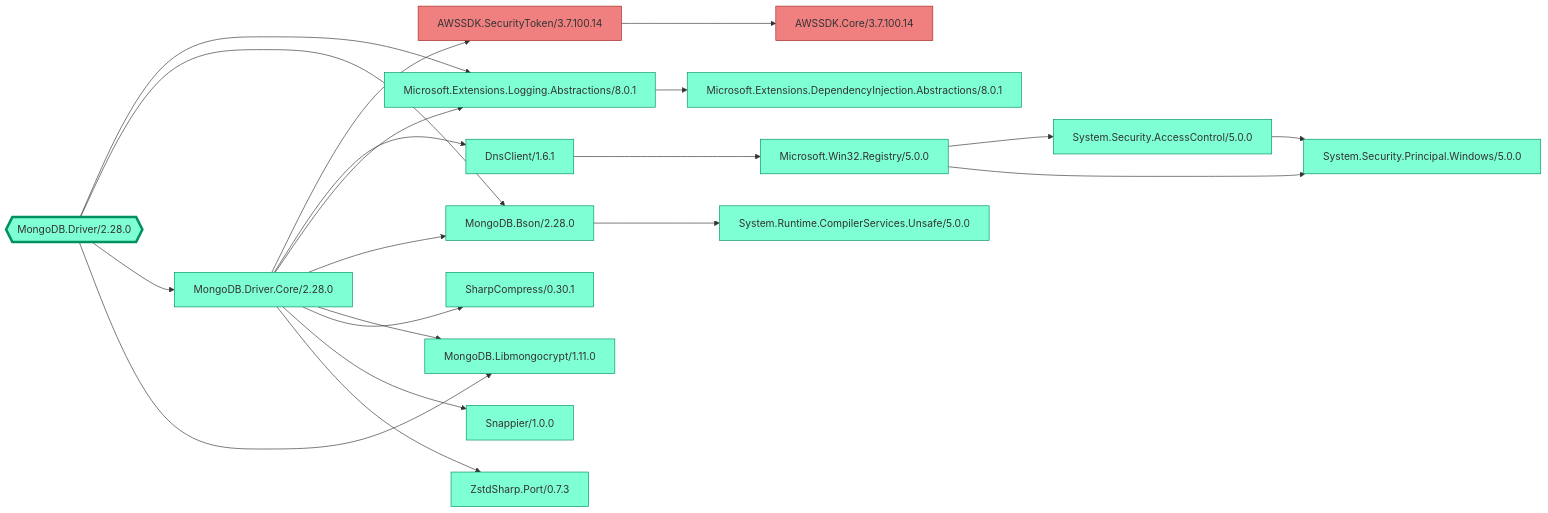
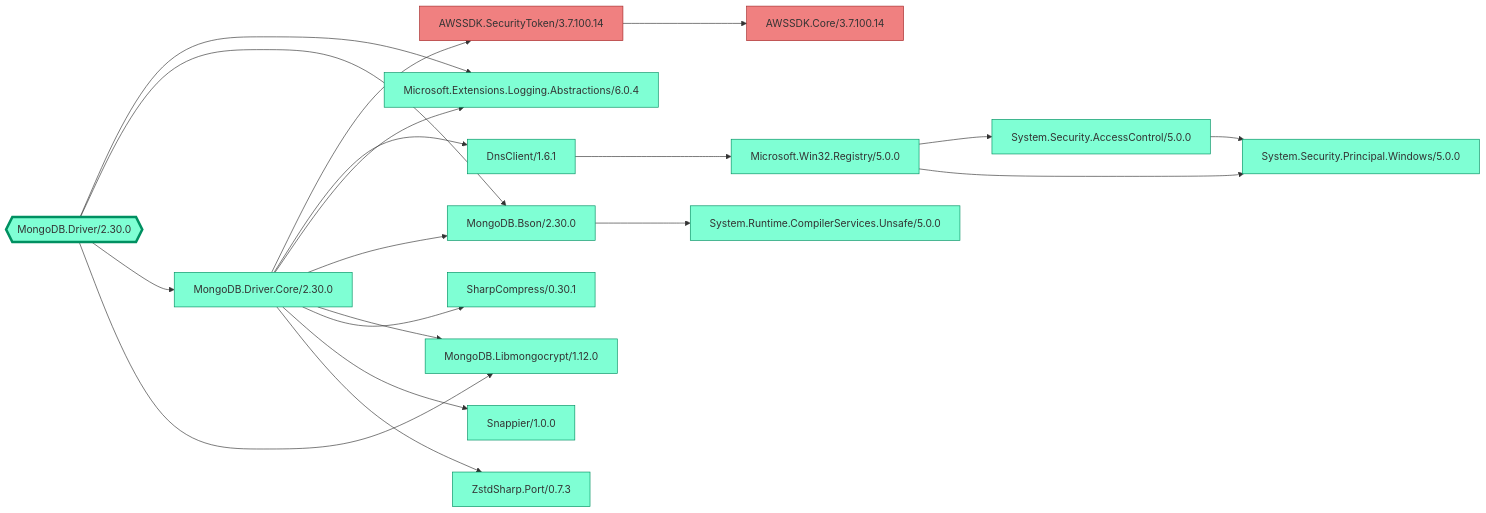
One commit to 0xced/Chisel changed the second of 6 diagrams in README.md. Above: the diagram before and after it, drawn with Mermaid. The commit also changed other lines of this file, not shown here.

Commit message:
Mention that Chisel is no longer needed for MongoDB.Driver version 3

````diff
--- a/README.md
+++ b/README.md
@@ -96,45 +96,43 @@
 ```mermaid
 graph LR
 
 classDef root stroke-width:4px
 classDef default fill:aquamarine,stroke:#009061,color:#333333
 classDef removed fill:lightcoral,stroke:#A42A2A
 
 AWSSDK.SecurityToken/3.7.100.14 --> AWSSDK.Core/3.7.100.14
 DnsClient/1.6.1 --> Microsoft.Win32.Registry/5.0.0
-Microsoft.Extensions.Logging.Abstractions/8.0.1 --> Microsoft.Extensions.DependencyInjection.Abstractions/8.0.1
 Microsoft.Win32.Registry/5.0.0 --> System.Security.AccessControl/5.0.0
 Microsoft.Win32.Registry/5.0.0 --> System.Security.Principal.Windows/5.0.0
-MongoDB.Bson/2.28.0 --> System.Runtime.CompilerServices.Unsafe/5.0.0
-MongoDB.Driver/2.28.0{{MongoDB.Driver/2.28.0}} --> Microsoft.Extensions.Logging.Abstractions/8.0.1
-MongoDB.Driver/2.28.0{{MongoDB.Driver/2.28.0}} --> MongoDB.Bson/2.28.0
-MongoDB.Driver/2.28.0{{MongoDB.Driver/2.28.0}} --> MongoDB.Driver.Core/2.28.0
-MongoDB.Driver/2.28.0{{MongoDB.Driver/2.28.0}} --> MongoDB.Libmongocrypt/1.11.0
-MongoDB.Driver.Core/2.28.0 --> AWSSDK.SecurityToken/3.7.100.14
-MongoDB.Driver.Core/2.28.0 --> DnsClient/1.6.1
-MongoDB.Driver.Core/2.28.0 --> Microsoft.Extensions.Logging.Abstractions/8.0.1
-MongoDB.Driver.Core/2.28.0 --> MongoDB.Bson/2.28.0
-MongoDB.Driver.Core/2.28.0 --> MongoDB.Libmongocrypt/1.11.0
-MongoDB.Driver.Core/2.28.0 --> SharpCompress/0.30.1
-MongoDB.Driver.Core/2.28.0 --> Snappier/1.0.0
-MongoDB.Driver.Core/2.28.0 --> ZstdSharp.Port/0.7.3
+MongoDB.Bson/2.30.0 --> System.Runtime.CompilerServices.Unsafe/5.0.0
+MongoDB.Driver/2.30.0{{MongoDB.Driver/2.30.0}} --> Microsoft.Extensions.Logging.Abstractions/6.0.4
+MongoDB.Driver/2.30.0{{MongoDB.Driver/2.30.0}} --> MongoDB.Bson/2.30.0
+MongoDB.Driver/2.30.0{{MongoDB.Driver/2.30.0}} --> MongoDB.Driver.Core/2.30.0
+MongoDB.Driver/2.30.0{{MongoDB.Driver/2.30.0}} --> MongoDB.Libmongocrypt/1.12.0
+MongoDB.Driver.Core/2.30.0 --> AWSSDK.SecurityToken/3.7.100.14
+MongoDB.Driver.Core/2.30.0 --> DnsClient/1.6.1
+MongoDB.Driver.Core/2.30.0 --> Microsoft.Extensions.Logging.Abstractions/6.0.4
+MongoDB.Driver.Core/2.30.0 --> MongoDB.Bson/2.30.0
+MongoDB.Driver.Core/2.30.0 --> MongoDB.Libmongocrypt/1.12.0
+MongoDB.Driver.Core/2.30.0 --> SharpCompress/0.30.1
+MongoDB.Driver.Core/2.30.0 --> Snappier/1.0.0
+MongoDB.Driver.Core/2.30.0 --> ZstdSharp.Port/0.7.3
 System.Security.AccessControl/5.0.0 --> System.Security.Principal.Windows/5.0.0
 
 class AWSSDK.Core/3.7.100.14 removed
 class AWSSDK.SecurityToken/3.7.100.14 removed
 class DnsClient/1.6.1 default
-class Microsoft.Extensions.DependencyInjection.Abstractions/8.0.1 default
-class Microsoft.Extensions.Logging.Abstractions/8.0.1 default
+class Microsoft.Extensions.Logging.Abstractions/6.0.4 default
 class Microsoft.Win32.Registry/5.0.0 default
-class MongoDB.Bson/2.28.0 default
-class MongoDB.Driver/2.28.0 root
-class MongoDB.Driver/2.28.0 default
-class MongoDB.Driver.Core/2.28.0 default
-class MongoDB.Libmongocrypt/1.11.0 default
+class MongoDB.Bson/2.30.0 default
+class MongoDB.Driver/2.30.0 root
+class MongoDB.Driver/2.30.0 default
+class MongoDB.Driver.Core/2.30.0 default
+class MongoDB.Libmongocrypt/1.12.0 default
 class SharpCompress/0.30.1 default
 class Snappier/1.0.0 default
 class System.Runtime.CompilerServices.Unsafe/5.0.0 default
 class System.Security.AccessControl/5.0.0 default
 class System.Security.Principal.Windows/5.0.0 default
 class ZstdSharp.Port/0.7.3 default
 ```
````
